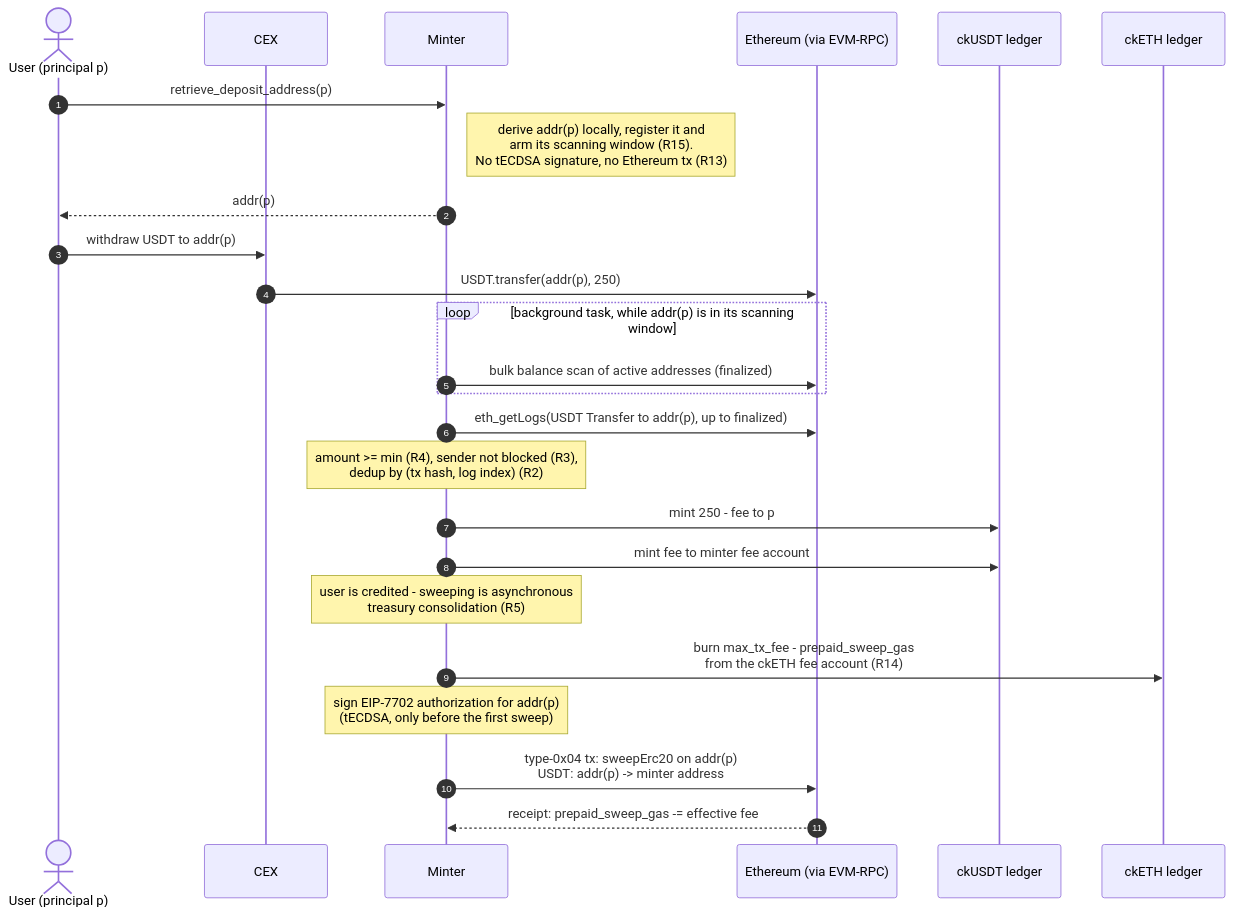
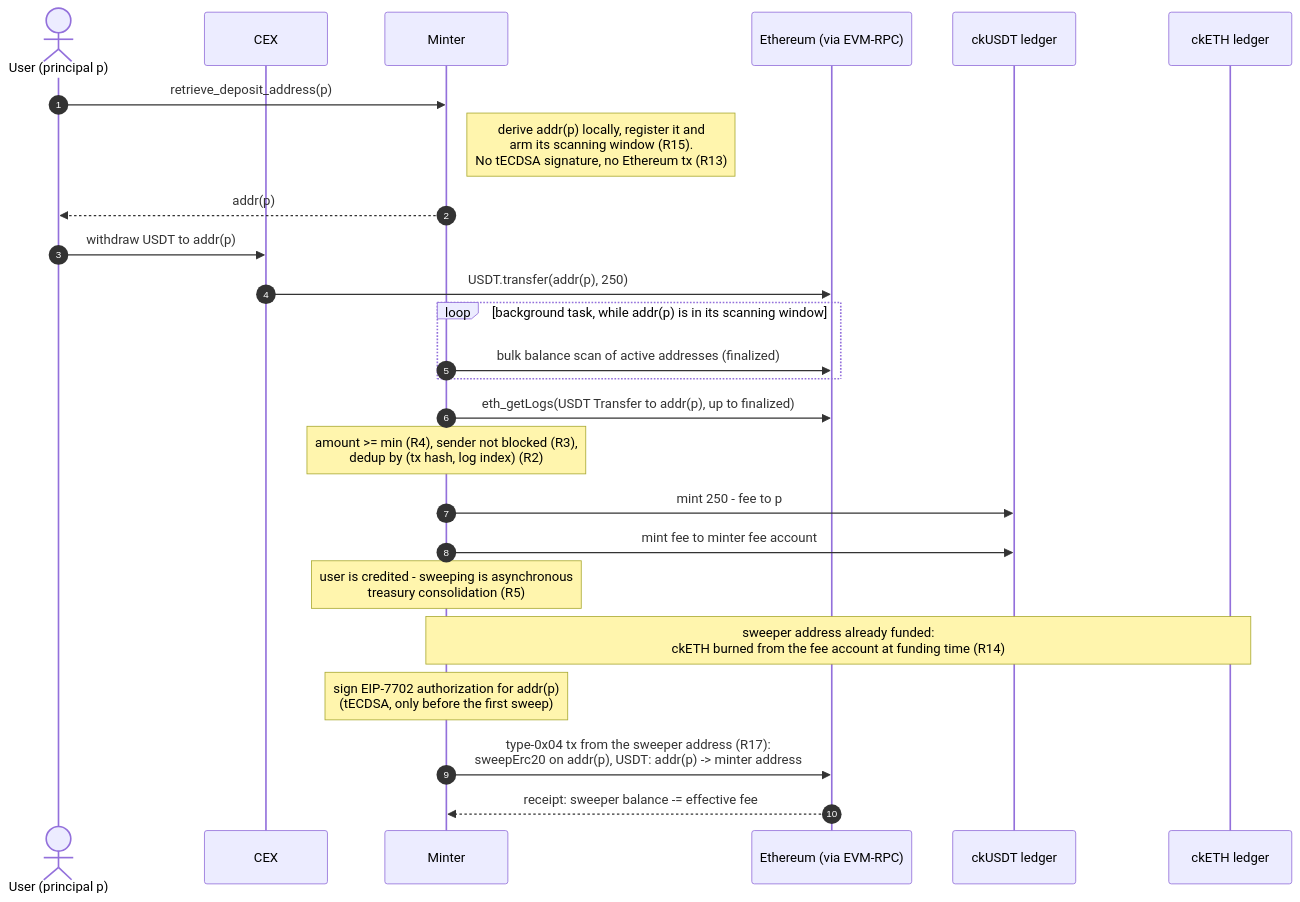
One commit to dfinity/ic changed the first of 3 diagrams in rs/ethereum/cketh/docs/deposit_from_cex.md. Above: the diagram before and after it, drawn with Mermaid. The commit also changed other lines of this file, not shown here.

````diff
--- a/rs/ethereum/cketh/docs/deposit_from_cex.md
+++ b/rs/ethereum/cketh/docs/deposit_from_cex.md
@@ -200,28 +201,28 @@
 ```mermaid
 sequenceDiagram
     autonumber
     actor User as User (principal p)
     participant CEX
     participant Minter
     participant Eth as Ethereum (via EVM-RPC)
     participant CkUsdtLedger as ckUSDT ledger
     participant CkEthLedger as ckETH ledger
 
     User->>Minter: retrieve_deposit_address(p)
     Note right of Minter: derive addr(p) locally, register it and<br/>arm its scanning window (R15).<br/>No tECDSA signature, no Ethereum tx (R13)
     Minter-->>User: addr(p)
     User->>CEX: withdraw USDT to addr(p)
     CEX->>Eth: USDT.transfer(addr(p), 250)
     loop background task, while addr(p) is in its scanning window
         Minter->>Eth: bulk balance scan of active addresses (finalized)
     end
     Minter->>Eth: eth_getLogs(USDT Transfer to addr(p), up to finalized)
     Note over Minter: amount >= min (R4), sender not blocked (R3),<br/>dedup by (tx hash, log index) (R2)
     Minter->>CkUsdtLedger: mint 250 - fee to p
     Minter->>CkUsdtLedger: mint fee to minter fee account
     Note over Minter: user is credited - sweeping is asynchronous<br/>treasury consolidation (R5)
-    Minter->>CkEthLedger: burn max_tx_fee - prepaid_sweep_gas<br/>from the ckETH fee account (R14)
+    Note over Minter,CkEthLedger: sweeper address already funded:<br/>ckETH burned from the fee account at funding time (R14)
     Note over Minter: sign EIP-7702 authorization for addr(p)<br/>(tECDSA, only before the first sweep)
-    Minter->>Eth: type-0x04 tx: sweepErc20 on addr(p)<br/>USDT: addr(p) -> minter address
-    Eth-->>Minter: receipt: prepaid_sweep_gas -= effective fee
+    Minter->>Eth: type-0x04 tx from the sweeper address (R17):<br/>sweepErc20 on addr(p), USDT: addr(p) -> minter address
+    Eth-->>Minter: receipt: sweeper balance -= effective fee
 ```
````
